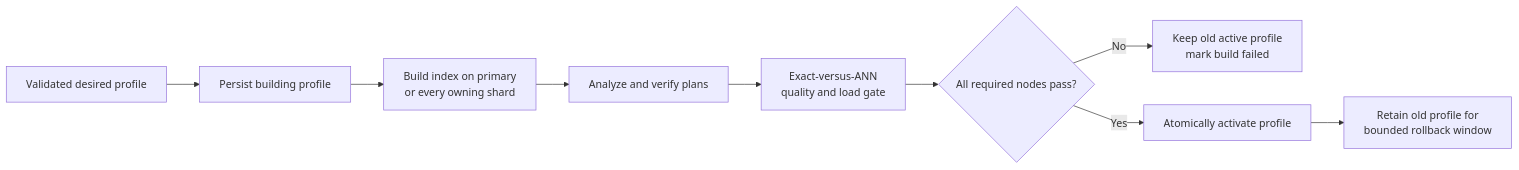
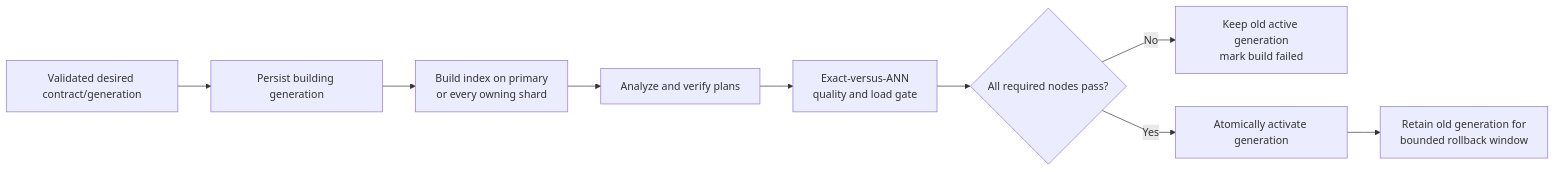
The seventh of 7 diagrams in ANN-HNSW-And-Halfvec.md (markhuangai/dense-mem), drawn with Mermaid before and after one commit. The commit also changed other lines of this file and 13 other files, not shown here.

````diff
--- a/ANN-HNSW-And-Halfvec.md
+++ b/ANN-HNSW-And-Halfvec.md
@@ -516,12 +565,12 @@
 ```mermaid
 %%{init: {"flowchart": {"curve": "linear"}}}%%
 flowchart LR
-  Desired["Validated desired profile"] --> Building["Persist building profile"]
+  Desired["Validated desired contract/generation"] --> Building["Persist building generation"]
   Building --> DDL["Build index on primary<br/>or every owning shard"]
   DDL --> Analyze["Analyze and verify plans"]
   Analyze --> Oracle["Exact-versus-ANN<br/>quality and load gate"]
   Oracle --> Ready{"All required nodes pass?"}
-  Ready -- No --> Failed["Keep old active profile<br/>mark build failed"]
-  Ready -- Yes --> Activate["Atomically activate profile"]
-  Activate --> Retire["Retain old profile for<br/>bounded rollback window"]
+  Ready -- No --> Failed["Keep old active generation<br/>mark build failed"]
+  Ready -- Yes --> Activate["Atomically activate generation"]
+  Activate --> Retire["Retain old generation for<br/>bounded rollback window"]
 ```
````
